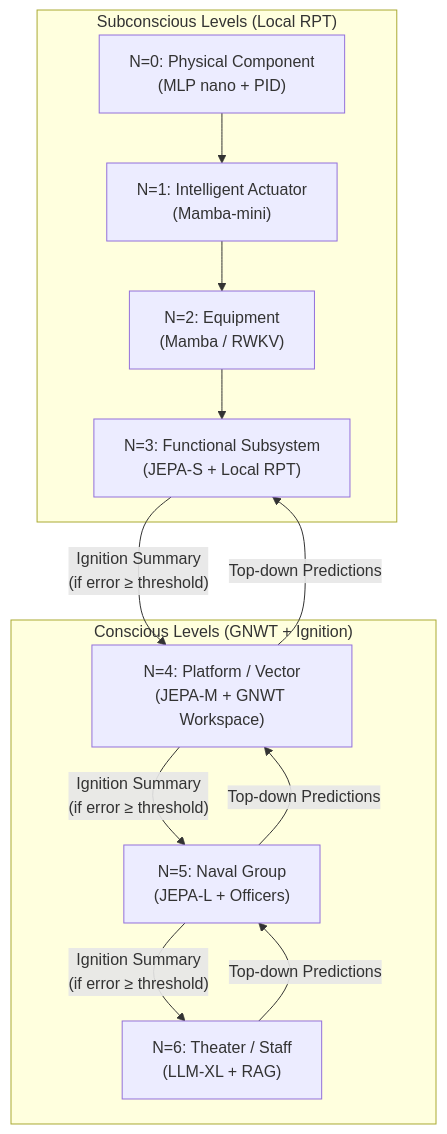
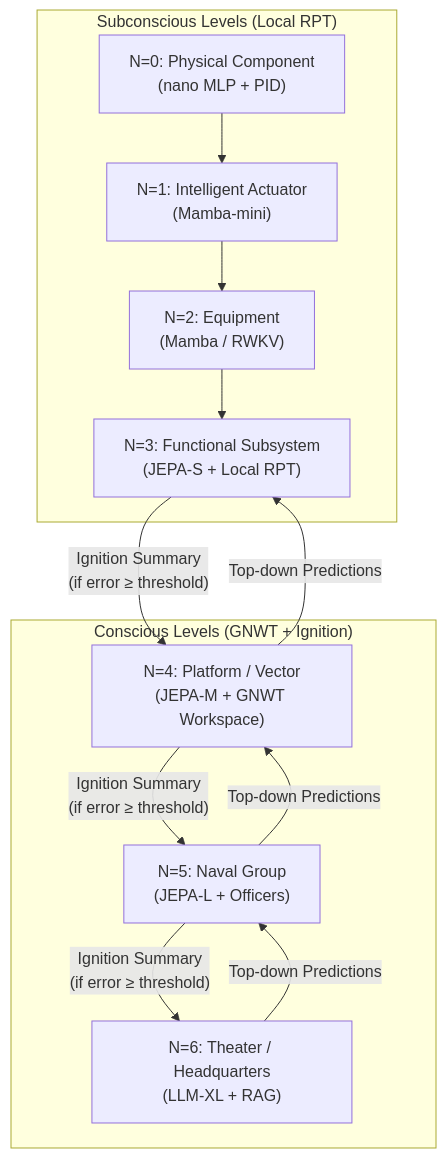
The third of 9 diagrams in architecture/architecture.md (AlainCo/GNWT-Garrigue-X-en), drawn with Mermaid before and after one commit. The commit also changed other lines of this file and 21 other files, not shown here.

````diff
--- a/architecture/architecture.md
+++ b/architecture/architecture.md
@@ -31,24 +32,24 @@
 ```mermaid
 flowchart TD
     subgraph N0to3 ["Subconscious Levels (Local RPT)"]
-        N0["N=0: Physical Component\n(MLP nano + PID)"]
+        N0["N=0: Physical Component\n(nano MLP + PID)"]
         N1["N=1: Intelligent Actuator\n(Mamba-mini)"]
         N2["N=2: Equipment\n(Mamba / RWKV)"]
         N3["N=3: Functional Subsystem\n(JEPA-S + Local RPT)"]
     end
 
     subgraph N4to6 ["Conscious Levels (GNWT + Ignition)"]
         N4["N=4: Platform / Vector\n(JEPA-M + GNWT Workspace)"]
         N5["N=5: Naval Group\n(JEPA-L + Officers)"]
-        N6["N=6: Theater / Staff\n(LLM-XL + RAG)"]
+        N6["N=6: Theater / Headquarters\n(LLM-XL + RAG)"]
     end
 
     N0 --> N1 --> N2 --> N3
     N3 -->|"Ignition Summary\n(if error ≥ threshold)"| N4
     N4 -->|"Ignition Summary\n(if error ≥ threshold)"| N5
     N5 -->|"Ignition Summary\n(if error ≥ threshold)"| N6
 
     N6 -->|"Top-down Predictions"| N5
     N5 -->|"Top-down Predictions"| N4
     N4 -->|"Top-down Predictions"| N3
 ```
````
